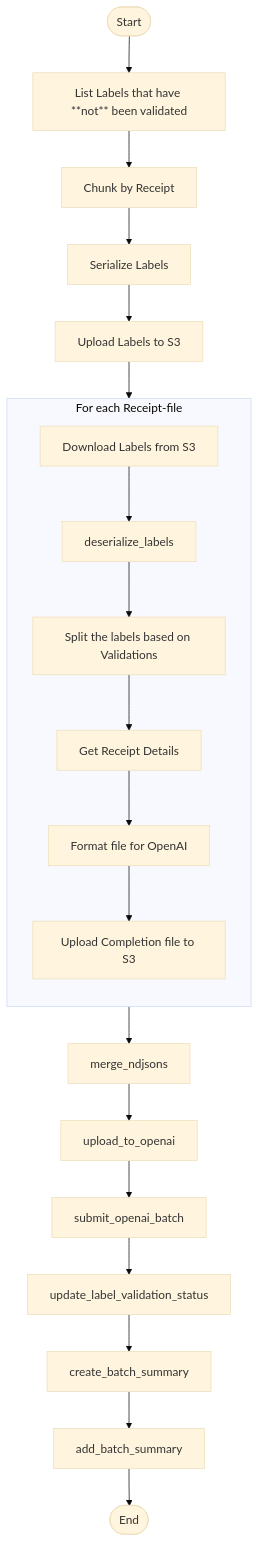
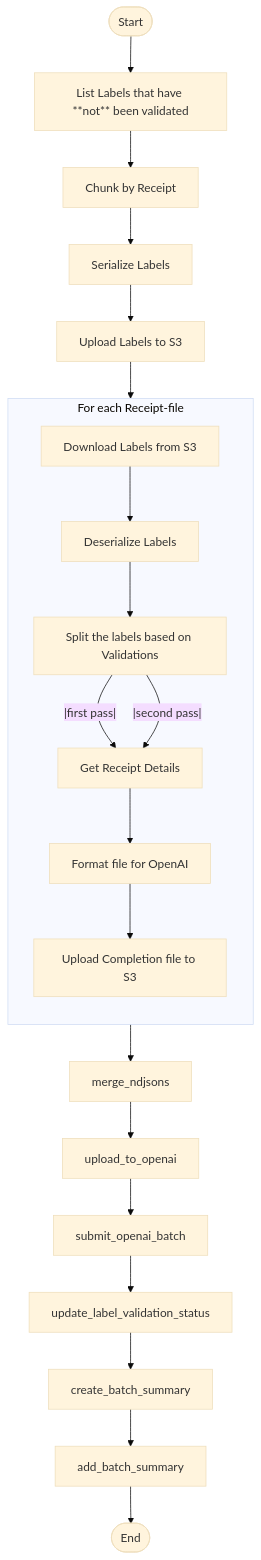
Before and after one commit to tnorlund/Portfolio: the diagram in receipt_label/receipt_label/submit_completion_batch/README.md, drawn with Mermaid (base theme).

````diff
--- a/receipt_label/receipt_label/submit_completion_batch/README.md
+++ b/receipt_label/receipt_label/submit_completion_batch/README.md
@@ -133,28 +133,29 @@
 ```mermaid
 flowchart TB
     %% ───────── Stage 1 : List Labels that need Validation ─────────
     Start([Start]) --> list_labels_that_need_validation["List Labels that have **not** been validated"]
     list_labels_that_need_validation --> chunk_into_completion_batches["Chunk by Receipt"]
     chunk_into_completion_batches --> serialize_labels["Serialize Labels"]
     serialize_labels --> upload_serialized_labels["Upload Labels to S3"]
     upload_serialized_labels --> PerReceiptMap
 
     %% ───────── Stage 2 : Format Completions ─────────
     subgraph PerReceiptMap["For each Receipt-file"]
         direction TB
-        download_serialized_labels["Download Labels from S3"] --> deserialize_labels
+        download_serialized_labels["Download Labels from S3"] --> deserialize_labels["Deserialize Labels"]
         deserialize_labels --> split_first_and_second_pass["Split the labels based on Validations"]
-        split_first_and_second_pass --> get_receipt_details["Get Receipt Details"]
+        split_first_and_second_pass -- |first pass| --> get_receipt_details["Get Receipt Details"]
+        split_first_and_second_pass -- |second pass| --> get_receipt_details
         get_receipt_details --> format_batch_completion_file["Format file for OpenAI"]
         format_batch_completion_file --> upload_completion_batch_file["Upload Completion file to S3"]
     end
 
     %% ───────── Stage 3 : Batch for OpenAI ─────────
     PerReceiptMap --> merge_ndjsons
     merge_ndjsons --> upload_to_openai
     upload_to_openai --> submit_openai_batch
     submit_openai_batch --> update_label_validation_status
     update_label_validation_status --> create_batch_summary
     create_batch_summary --> add_batch_summary
     add_batch_summary --> End([End])
 ```
````
